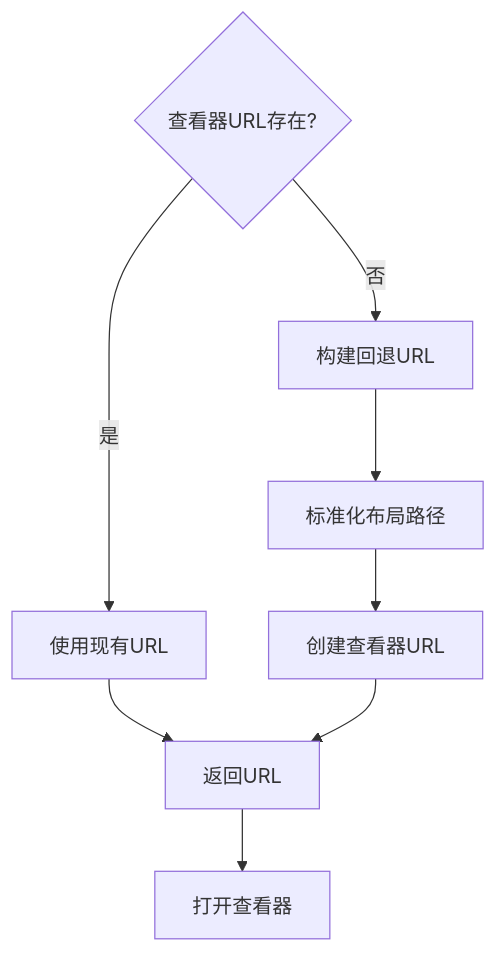
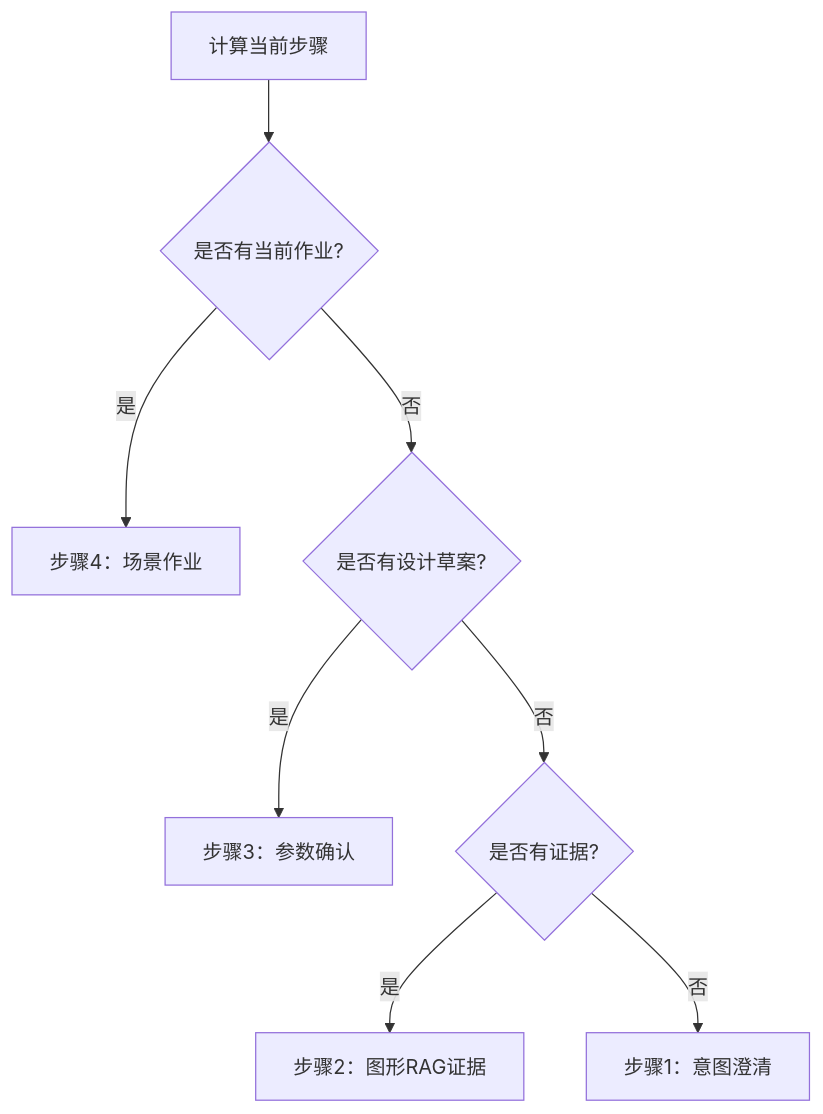
One commit to wsqstar/RoadGen3D changed the tenth of 19 diagrams in .qoder/repowiki/zh/content/Web界面系统/工作台界面/场景任务面板.md. Above: the diagram before and after it, drawn with Mermaid. The commit also changed other lines of this file and 13 other files, not shown here.

````diff
--- a/.qoder/repowiki/zh/content/Web界面系统/工作台界面/场景任务面板.md
+++ b/.qoder/repowiki/zh/content/Web界面系统/工作台界面/场景任务面板.md
@@ -430,10 +407,10 @@
 ```mermaid
 flowchart TD
-CheckViewerURL{查看器URL存在?} --> |是| UseExisting[使用现有URL]
-CheckViewerURL --> |否| BuildFallback[构建回退URL]
-BuildFallback --> NormalizePath[标准化布局路径]
-NormalizePath --> CreateURL[创建查看器URL]
-UseExisting --> ReturnURL[返回URL]
-CreateURL --> ReturnURL
-ReturnURL --> OpenViewer[打开查看器]
+ComputeStep[计算当前步骤] --> CheckJob{是否有当前作业?}
+CheckJob --> |是| Step4[步骤4：场景作业]
+CheckJob --> |否| CheckDraft{是否有设计草案?}
+CheckDraft --> |是| Step3[步骤3：参数确认]
+CheckDraft --> |否| CheckEvidence{是否有证据?}
+CheckEvidence --> |是| Step2[步骤2：图形RAG证据]
+CheckEvidence --> |否| Step1[步骤1：意图澄清]
 ```
````
